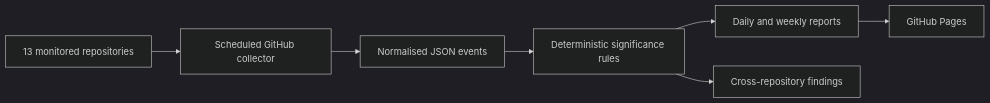
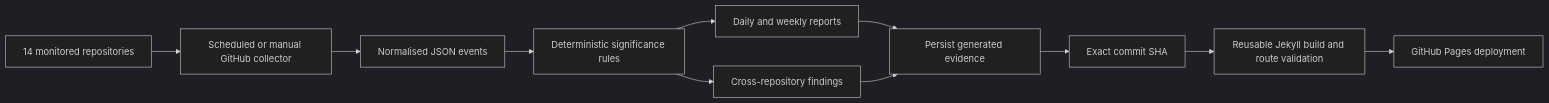
The diagram in docs/architecture.md (sankarshanmukhopadhyay/dtg-portfolio-monitor), drawn with Mermaid (dark theme) before and after one commit. The commit also changed other lines of this file and 5 other files, not shown here.

````diff
--- a/docs/architecture.md
+++ b/docs/architecture.md
@@ -8,9 +8,13 @@
 ```mermaid
 flowchart LR
-    A[13 monitored repositories] --> B[Scheduled GitHub collector]
+    A[14 monitored repositories] --> B[Scheduled or manual GitHub collector]
     B --> C[Normalised JSON events]
     C --> D[Deterministic significance rules]
     D --> E[Daily and weekly reports]
-    E --> F[GitHub Pages]
     D --> G[Cross-repository findings]
+    E --> H[Persist generated evidence]
+    G --> H
+    H --> I[Exact commit SHA]
+    I --> J[Reusable Jekyll build and route validation]
+    J --> F[GitHub Pages deployment]
 ```
````
